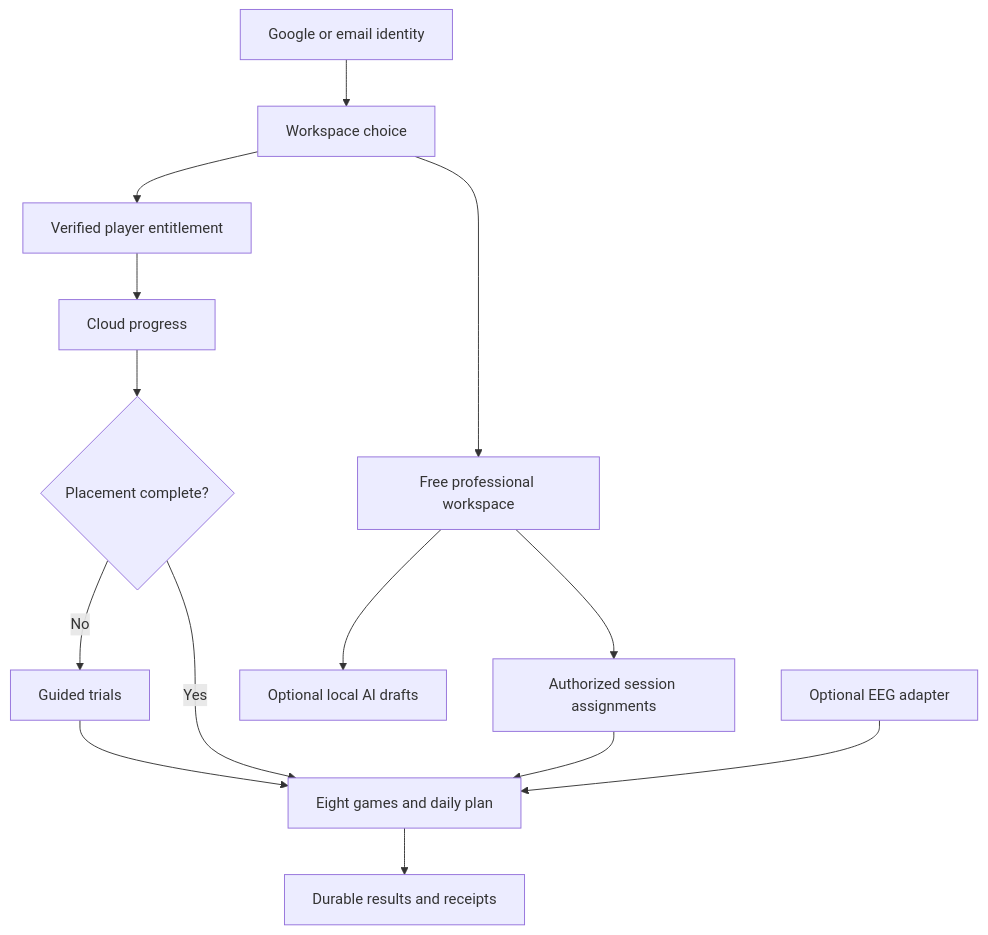
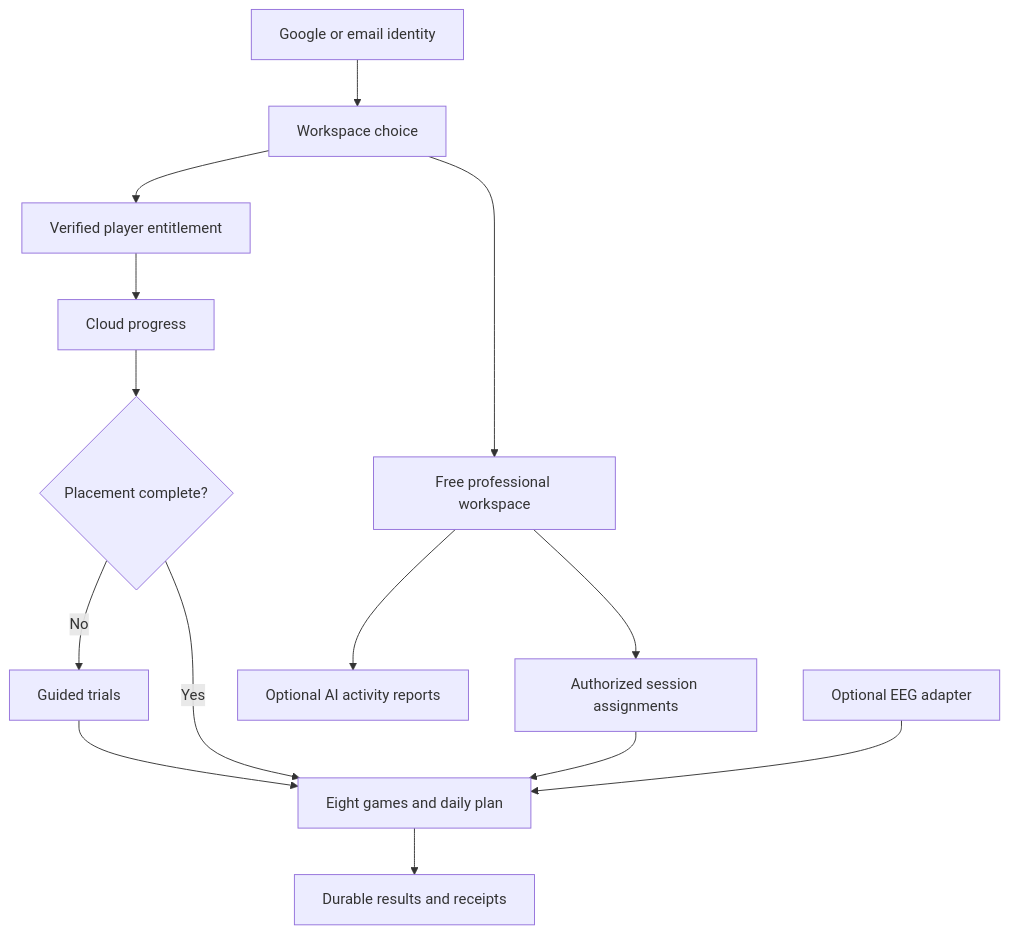
Before and after one commit to Bysplays/NeuroIA: the diagram in docs/SDD.md, drawn with Mermaid. The commit also changed other lines of this file and 42 other files, not shown here.

Commit message:
feat(ai): add OpenRouter recommendations and styled activity reports

````diff
--- a/docs/SDD.md
+++ b/docs/SDD.md
@@ -69,16 +69,16 @@
 ```mermaid
 flowchart TD
   Login[Google or email identity] --> Entry[Workspace choice]
   Entry --> Professional[Free professional workspace]
   Entry --> Access[Verified player entitlement]
   Access --> Progress[Cloud progress]
   Progress --> Placement{Placement complete?}
   Placement -->|No| Trials[Guided trials]
   Trials --> Games[Eight games and daily plan]
   Placement -->|Yes| Games
   Professional --> Assignments[Authorized session assignments]
   Assignments --> Games
   Games --> Sync[Durable results and receipts]
-  Professional --> Drafts[Optional local AI drafts]
+  Professional --> Drafts[Optional AI activity reports]
   EEG[Optional EEG adapter] --> Games
 ```
````
